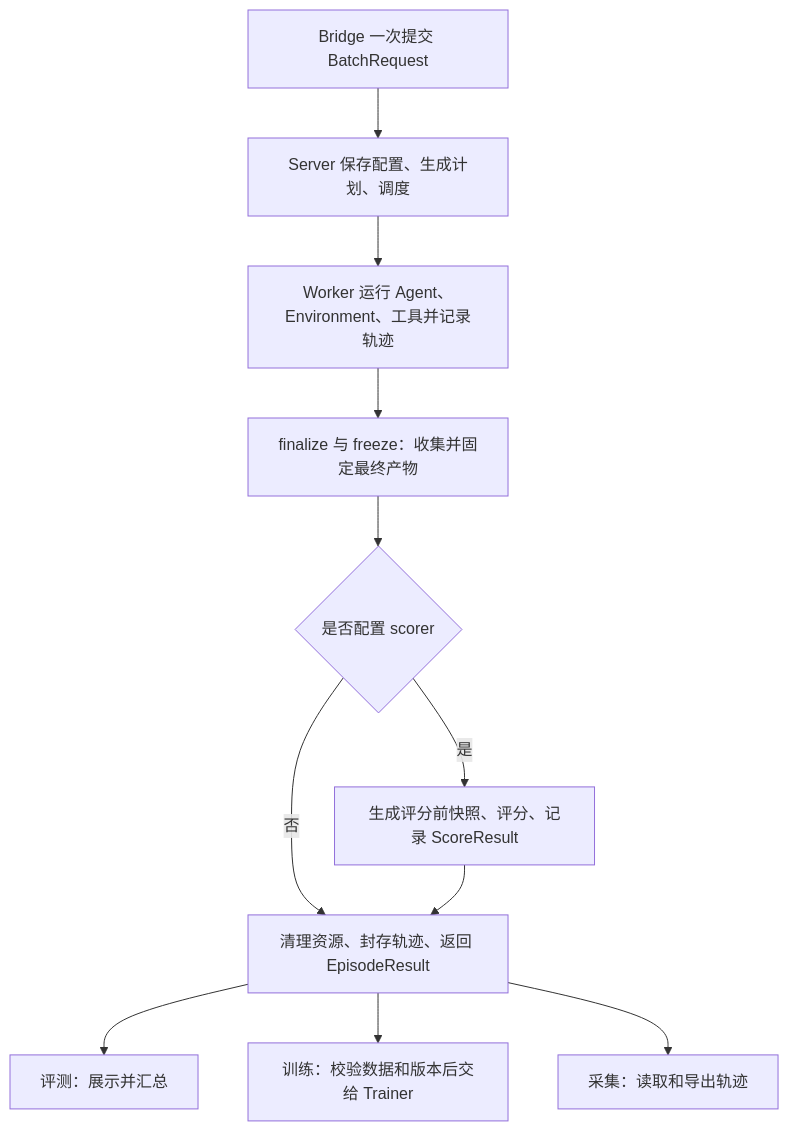
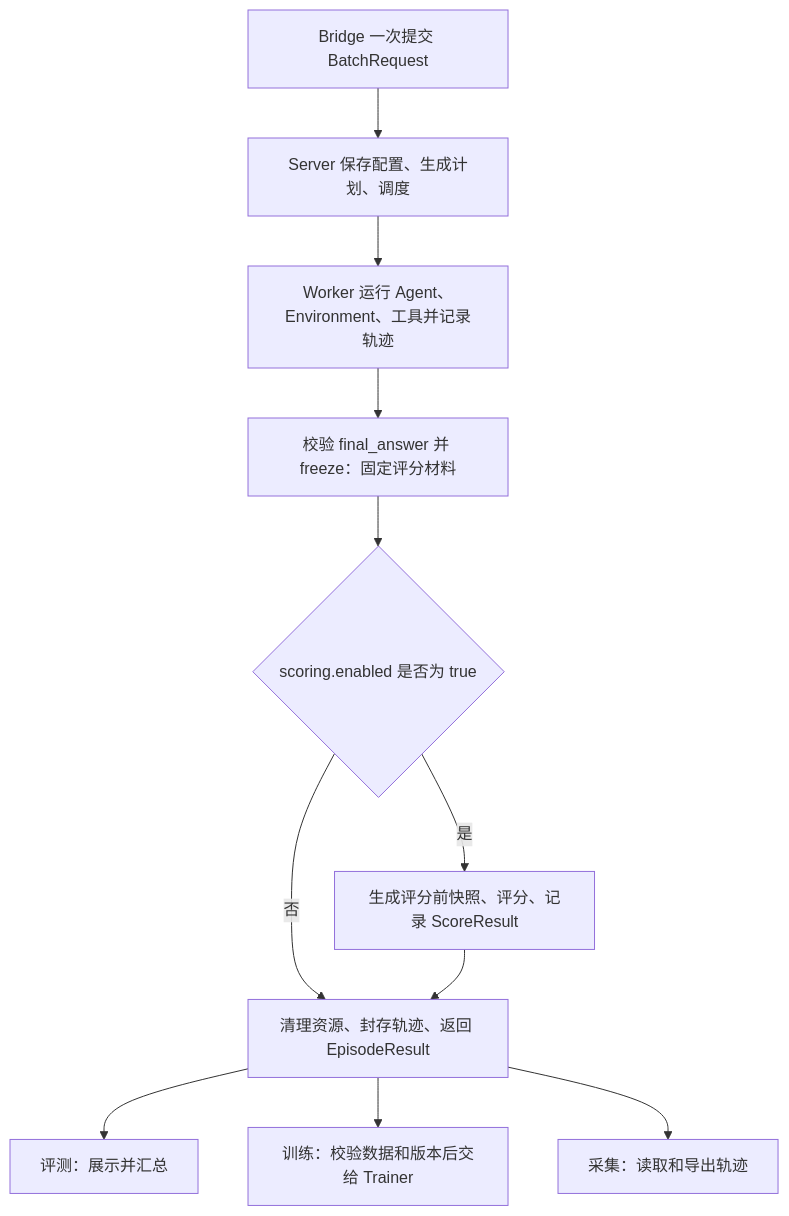
Before and after one commit to audreyyan1015/uenv_design: diagram 15 of 18 in docs/uenv_design.md, drawn with Mermaid. The commit also changed other lines of this file and 174 other files, not shown here.

````diff
--- a/docs/uenv_design.md
+++ b/docs/uenv_design.md
@@ -871,13 +923,13 @@
 ```mermaid
 flowchart TD
   B[Bridge 一次提交 BatchRequest] --> S[Server 保存配置、生成计划、调度]
   S --> W[Worker 运行 Agent、Environment、工具并记录轨迹]
-  W --> O[finalize 与 freeze：收集并固定最终产物]
-  O --> Q{是否配置 scorer}
+  W --> O[校验 final_answer 并 freeze：固定评分材料]
+  O --> Q{scoring.enabled 是否为 true}
   Q -->|是| C[生成评分前快照、评分、记录 ScoreResult]
   Q -->|否| F[清理资源、封存轨迹、返回 EpisodeResult]
   C --> F
   F --> E[评测：展示并汇总]
   F --> T[训练：校验数据和版本后交给 Trainer]
   F --> X[采集：读取和导出轨迹]
 ```
````
